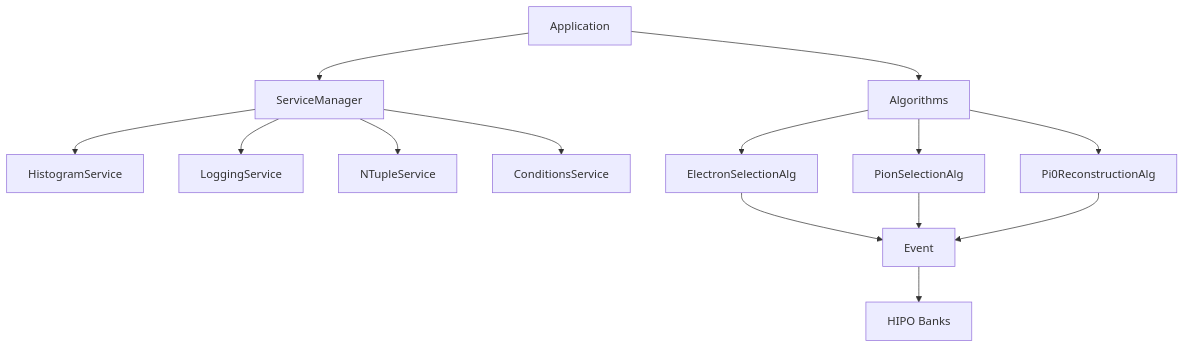
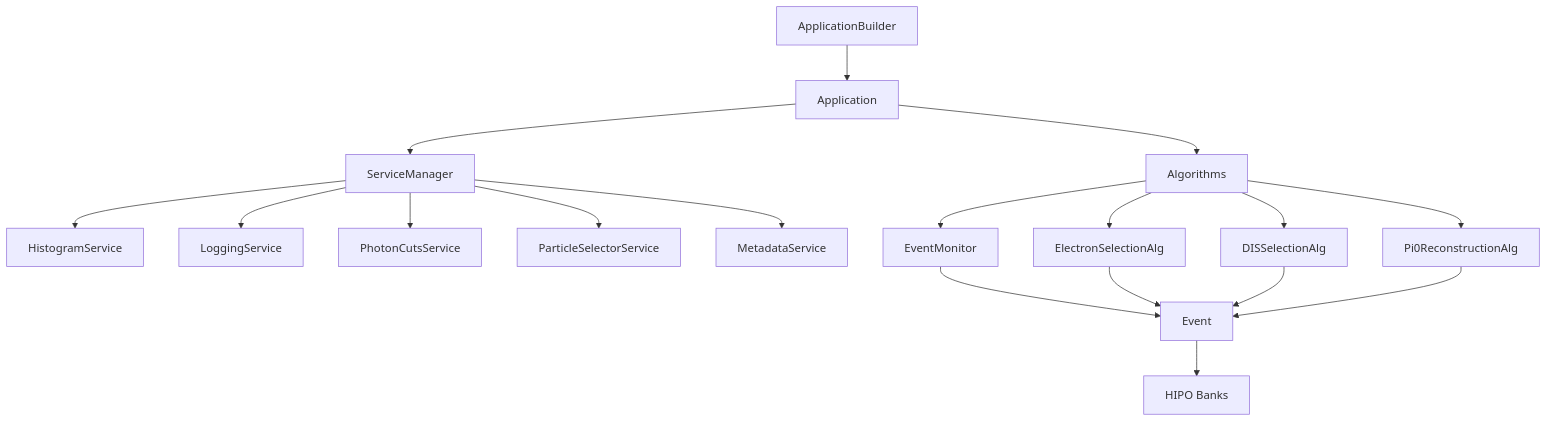
Before and after one commit to MarianaT27/clas-framework: the diagram in docs/mkdocs/index.md, drawn with Mermaid. The commit also changed other lines of this file and 18 other files, not shown here.

````diff
--- a/docs/mkdocs/index.md
+++ b/docs/mkdocs/index.md
@@ -55,16 +58,20 @@
 ```mermaid
 graph TB
-    A[Application] --> B[ServiceManager]
-    A --> C[Algorithms]
-    B --> D[HistogramService]
-    B --> E[LoggingService]
-    B --> F[NTupleService]
-    B --> G[ConditionsService]
-    C --> H[ElectronSelectionAlg]
-    C --> I[PionSelectionAlg]
-    C --> J[Pi0ReconstructionAlg]
-    H --> K[Event]
-    I --> K
-    J --> K
-    K --> L[HIPO Banks]
+    A[ApplicationBuilder] --> B[Application]
+    B --> C[ServiceManager]
+    B --> D[Algorithms]
+    C --> E[HistogramService]
+    C --> F[LoggingService]
+    C --> G[PhotonCutsService]
+    C --> H[ParticleSelectorService]
+    C --> I[MetadataService]
+    D --> J[EventMonitor]
+    D --> K[ElectronSelectionAlg]
+    D --> L[DISSelectionAlg]
+    D --> M[Pi0ReconstructionAlg]
+    J --> N[Event]
+    K --> N
+    L --> N
+    M --> N
+    N --> O[HIPO Banks]
 ```
````
